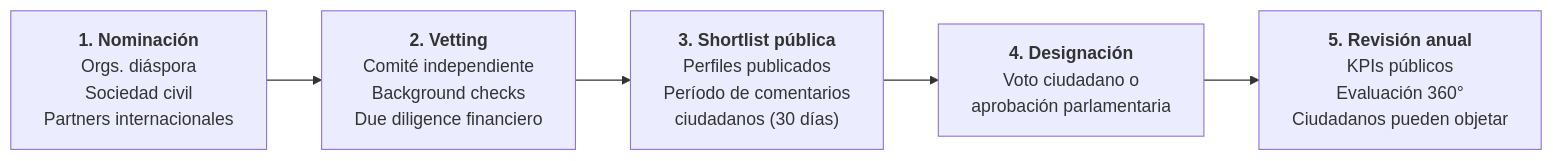
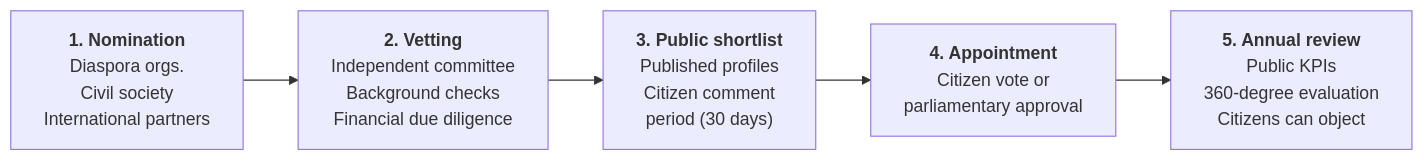
The second of 2 diagrams in i18n/en/docusaurus-plugin-content-docs/current/07-ejecucion/equipo-ejecutor.md (Venezuela-S-A/venezuela-sa), drawn with Mermaid before and after one commit. The commit also changed other lines of this file and 127 other files, not shown here.

````diff
--- a/i18n/en/docusaurus-plugin-content-docs/current/07-ejecucion/equipo-ejecutor.md
+++ b/i18n/en/docusaurus-plugin-content-docs/current/07-ejecucion/equipo-ejecutor.md
@@ -82,7 +82,7 @@
 ```mermaid
 flowchart LR
-    NOM["<b>1. Nominación</b><br/>Orgs. diáspora<br/>Sociedad civil<br/>Partners internacionales"] --> VET["<b>2. Vetting</b><br/>Comité independiente<br/>Background checks<br/>Due diligence financiero"]
-    VET --> SHORT["<b>3. Shortlist pública</b><br/>Perfiles publicados<br/>Período de comentarios<br/>ciudadanos (30 días)"]
-    SHORT --> APT["<b>4. Designación</b><br/>Voto ciudadano o<br/>aprobación parlamentaria"]
-    APT --> REV["<b>5. Revisión anual</b><br/>KPIs públicos<br/>Evaluación 360°<br/>Ciudadanos pueden objetar"]
+    NOM["<b>1. Nomination</b><br/>Diaspora orgs.<br/>Civil society<br/>International partners"] --> VET["<b>2. Vetting</b><br/>Independent committee<br/>Background checks<br/>Financial due diligence"]
+    VET --> SHORT["<b>3. Public shortlist</b><br/>Published profiles<br/>Citizen comment<br/>period (30 days)"]
+    SHORT --> APT["<b>4. Appointment</b><br/>Citizen vote or<br/>parliamentary approval"]
+    APT --> REV["<b>5. Annual review</b><br/>Public KPIs<br/>360-degree evaluation<br/>Citizens can object"]
 ```
````
